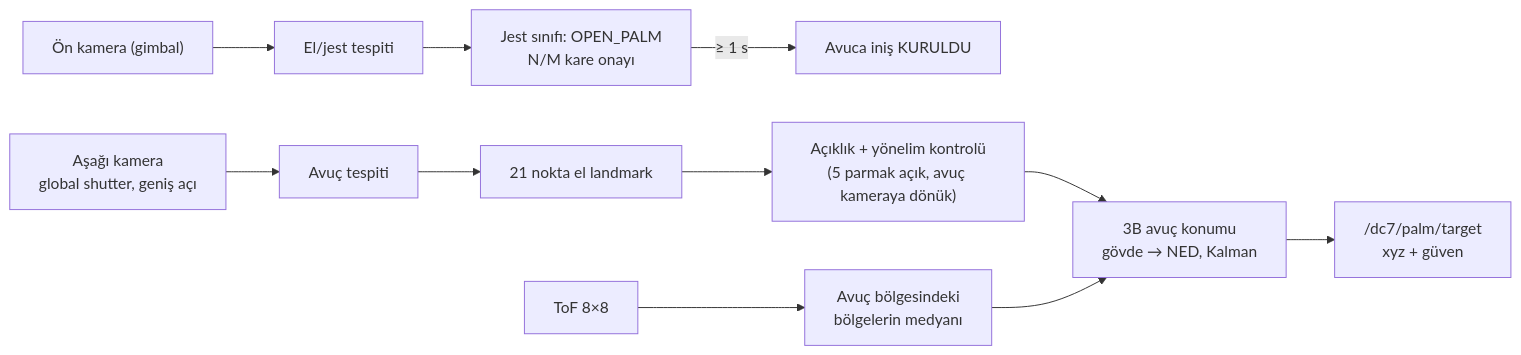
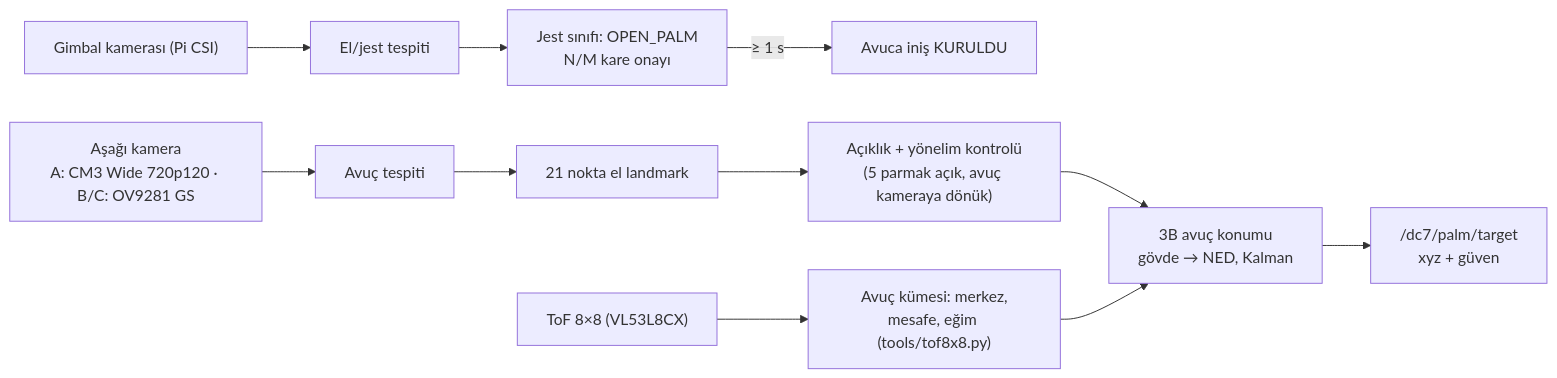
Before and after one commit to ahmet6141/Drone-controller: the diagram in docs/05-avuca-inis-tasarimi.md, drawn with Mermaid. The commit also changed other lines of this file and 22 other files, not shown here.

````diff
--- a/docs/05-avuca-inis-tasarimi.md
+++ b/docs/05-avuca-inis-tasarimi.md
@@ -84,11 +84,11 @@
 ```mermaid
 flowchart LR
-  F["Ön kamera (gimbal)"] --> HD["El/jest tespiti"] --> GC["Jest sınıfı: OPEN_PALM<br/>N/M kare onayı"]
+  F["Gimbal kamerası (Pi CSI)"] --> HD["El/jest tespiti"] --> GC["Jest sınıfı: OPEN_PALM<br/>N/M kare onayı"]
   GC -- "≥ 1 s" --> ARM["Avuca iniş KURULDU"]
-  D["Aşağı kamera<br/>global shutter, geniş açı"] --> PD["Avuç tespiti"] --> LM["21 nokta el landmark"]
+  D["Aşağı kamera<br/>A: CM3 Wide 720p120 · B/C: OV9281 GS"] --> PD["Avuç tespiti"] --> LM["21 nokta el landmark"]
   LM --> OK["Açıklık + yönelim kontrolü<br/>(5 parmak açık, avuç kameraya dönük)"]
-  T["ToF 8×8"] --> Z["Avuç bölgesindeki<br/>bölgelerin medyanı"]
+  T["ToF 8×8 (VL53L8CX)"] --> Z["Avuç kümesi: merkez,<br/>mesafe, eğim (tools/tof8x8.py)"]
   OK --> FUS["3B avuç konumu<br/>gövde → NED, Kalman"]
   Z --> FUS
   FUS --> PT["/dc7/palm/target<br/>xyz + güven"]
 ```
````
